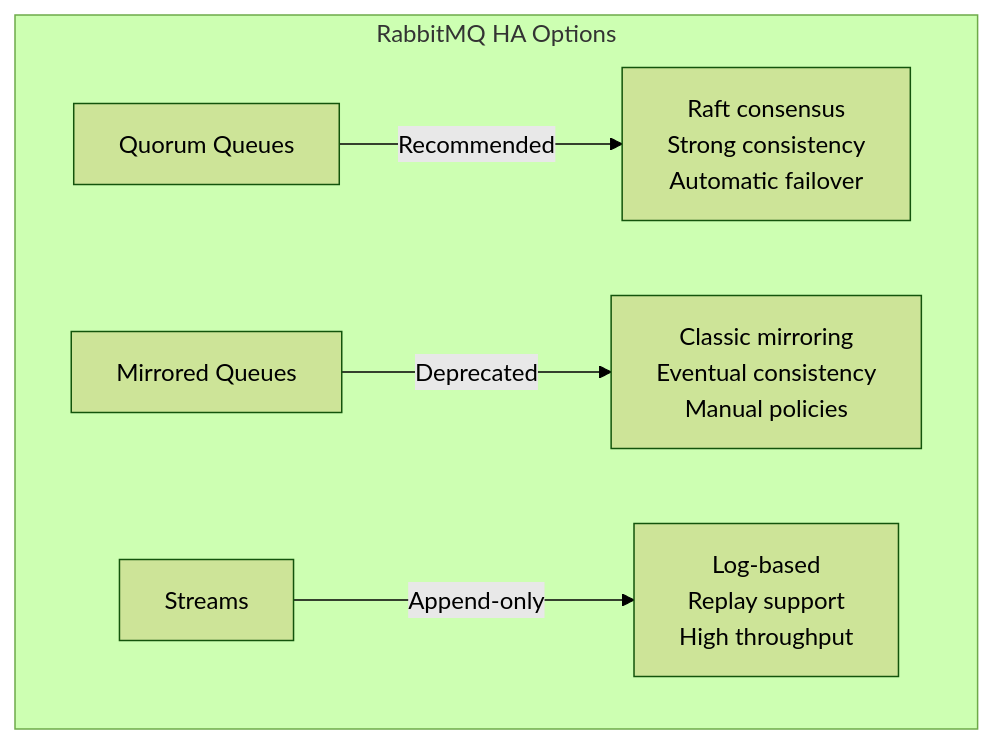
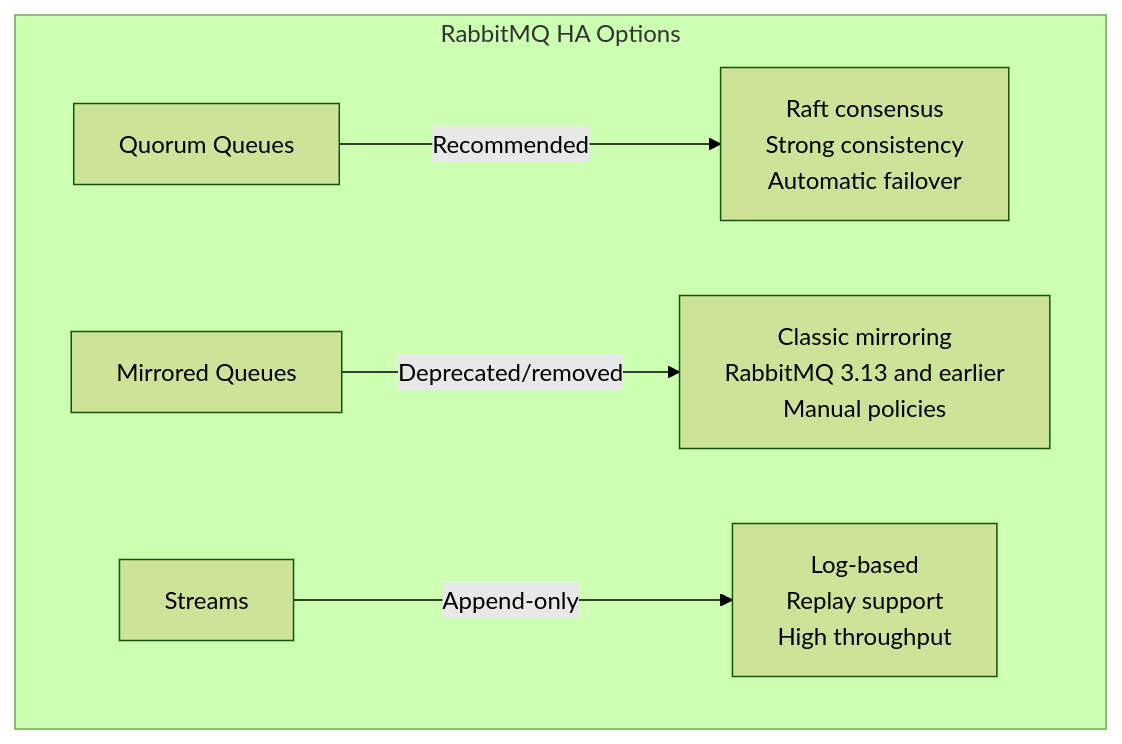
The first of 4 diagrams in posts/2026-01-24-rabbitmq-high-availability-queues/README.md (OneUptime/blog), drawn with Mermaid (forest theme) before and after one commit. The commit also changed other lines of this file and 2 other files, not shown here.

Commit message:
validate: 2026-01-24-rabbitmq-high-availability-queues

````diff
--- a/posts/2026-01-24-rabbitmq-high-availability-queues/README.md
+++ b/posts/2026-01-24-rabbitmq-high-availability-queues/README.md
@@ -19,8 +19,8 @@
 ```mermaid
 flowchart TD
     subgraph "RabbitMQ HA Options"
         QQ[Quorum Queues] -->|Recommended| R1[Raft consensus<br/>Strong consistency<br/>Automatic failover]
-        MQ[Mirrored Queues] -->|Deprecated| R2[Classic mirroring<br/>Eventual consistency<br/>Manual policies]
+        MQ[Mirrored Queues] -->|Deprecated/removed| R2[Classic mirroring<br/>RabbitMQ 3.13 and earlier<br/>Manual policies]
         SQ[Streams] -->|Append-only| R3[Log-based<br/>Replay support<br/>High throughput]
     end
 ```
````
